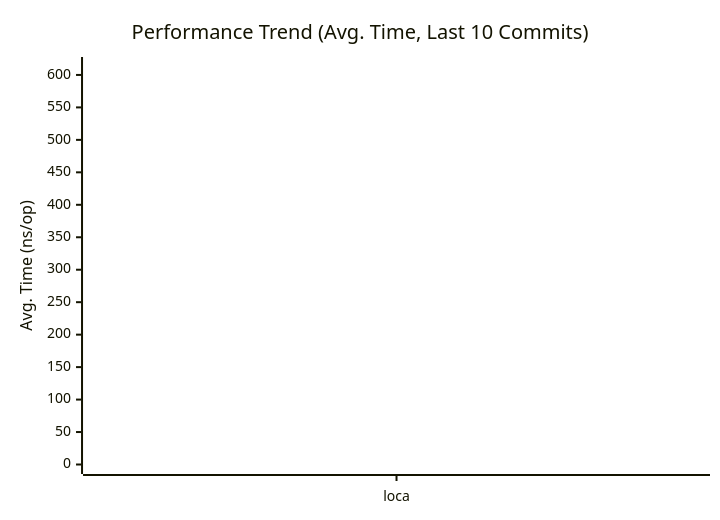
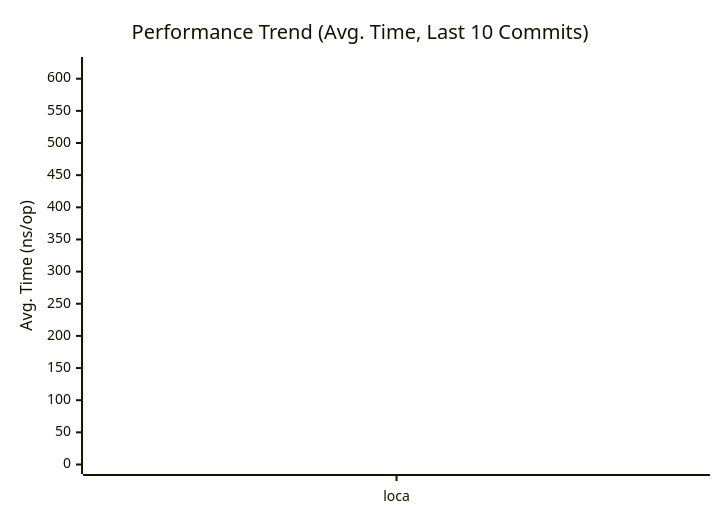
The first of 3 diagrams in docs/PERFORMANCE.md (alsotoes/momo), drawn with Mermaid before and after one commit. The commit also changed other lines of this file and 2 other files, not shown here.

````diff
--- a/docs/PERFORMANCE.md
+++ b/docs/PERFORMANCE.md
@@ -80,16 +80,16 @@
 ```mermaid
 xychart-beta
     title "Performance Trend (Avg. Time, Last 10 Commits)"
     x-axis "Commit"
     y-axis "Avg. Time (ns/op)"
     x-axis [loca]
-    line "CheckMetricsAndSwap" [6,6,7,14,7,6,6,7,10,9]
-    line "CrushOptimized" [279,265,295,618,264,255,245,263,354,376]
-    line "CrushOriginal" [388,399,426,831,362,367,368,359,495,612]
-    line "IndexDirectTracking" [0,0,0,1,0,0,0,0,0,1]
-    line "IndexSearch" [2,3,3,4,3,3,3,3,3,3]
-    line "LoadGlobalConfig" [613,619,815,1442,632,613,599,626,906,904]
-    line "PadString" [2,2,2,3,2,2,2,2,2,2]
+    line "CheckMetricsAndSwap" [6,7,14,7,6,6,7,10,9,11]
+    line "CrushOptimized" [265,295,618,264,255,245,263,354,376,410]
+    line "CrushOriginal" [399,426,831,362,367,368,359,495,612,597]
+    line "IndexDirectTracking" [0,0,1,0,0,0,0,0,1,0]
+    line "IndexSearch" [3,3,4,3,3,3,3,3,3,3]
+    line "LoadGlobalConfig" [619,815,1442,632,613,599,626,906,904,1046]
+    line "PadString" [2,2,3,2,2,2,2,2,2,3]
     line "ParseReplicationOrder_NoPrealloc" [350,349,357,354,345,225,229,165,232,234]
     line "ParseReplicationOrder_Prealloc" [229,231,237,234,229,108,107,80,110,109]
 ```
````
